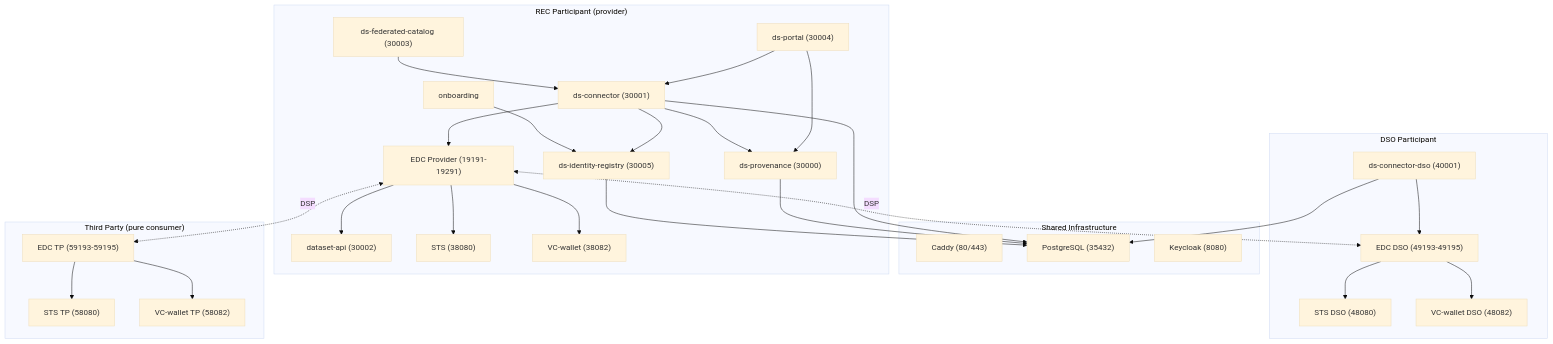
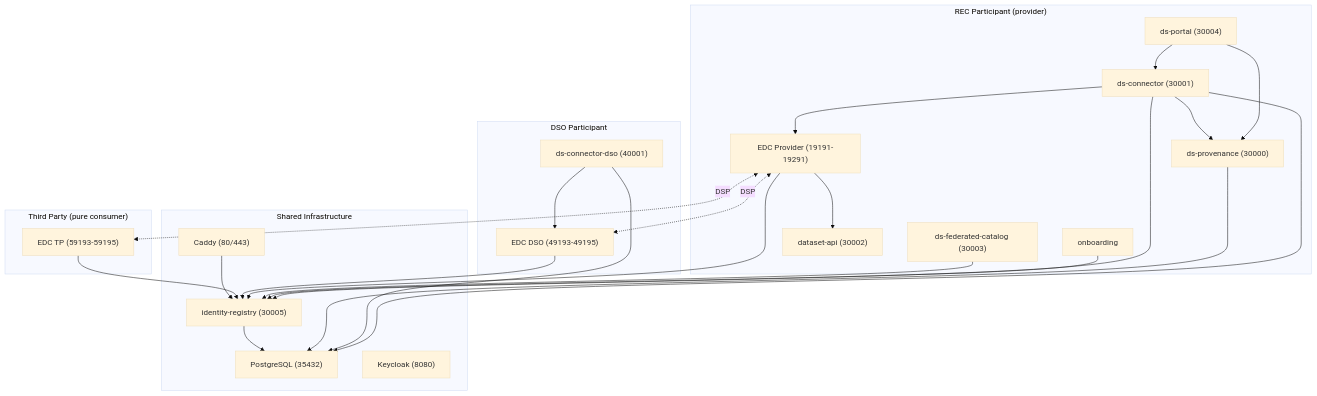
One commit to spindoxlabs/ds changed the first of 2 diagrams in docs/architecture.md. Above: the diagram before and after it, drawn with Mermaid (base theme). The commit also changed other lines of this file and 79 other files, not shown here.

Commit message:
feat: merge STS and VC-wallet in identity-registry

````diff
--- a/docs/architecture.md
+++ b/docs/architecture.md
@@ -11,60 +11,53 @@
 ```mermaid
 flowchart TB
     subgraph shared["Shared Infrastructure"]
         caddy["Caddy (80/443)"]
         pg["PostgreSQL (35432)"]
         kc["Keycloak (8080)"]
+        idreg["identity-registry (30005)"]
     end
 
     subgraph rec["REC Participant (provider)"]
         portal["ds-portal (30004)"]
         connector["ds-connector (30001)"]
-        idreg["ds-identity-registry (30005)"]
         provenance["ds-provenance (30000)"]
         fc["ds-federated-catalog (30003)"]
         dataset["dataset-api (30002)"]
         onboarding["onboarding"]
         edc_prov["EDC Provider (19191-19291)"]
-        sts_prov["STS (38080)"]
-        wallet_prov["VC-wallet (38082)"]
     end
 
     subgraph dso["DSO Participant"]
         connector_dso["ds-connector-dso (40001)"]
         edc_dso["EDC DSO (49193-49195)"]
-        sts_dso["STS DSO (48080)"]
-        wallet_dso["VC-wallet DSO (48082)"]
     end
 
     subgraph tp["Third Party (pure consumer)"]
         edc_tp["EDC TP (59193-59195)"]
-        sts_tp["STS TP (58080)"]
-        wallet_tp["VC-wallet TP (58082)"]
     end
 
     portal --> connector
     portal --> provenance
     connector --> edc_prov
     connector --> provenance
     connector --> idreg
     onboarding --> idreg
-    fc --> connector
-    edc_prov --> sts_prov
-    edc_prov --> wallet_prov
+    fc --> idreg
+    edc_prov --> idreg
     edc_prov --> dataset
 
     connector_dso --> edc_dso
-    edc_dso --> sts_dso
-    edc_dso --> wallet_dso
+    edc_dso --> idreg
 
-    edc_tp --> sts_tp
-    edc_tp --> wallet_tp
+    edc_tp --> idreg
 
     edc_prov <-. "DSP" .-> edc_dso
     edc_prov <-. "DSP" .-> edc_tp
+
+    caddy --> idreg
 
     connector --> pg
     connector_dso --> pg
     provenance --> pg
     idreg --> pg
 ```
````
